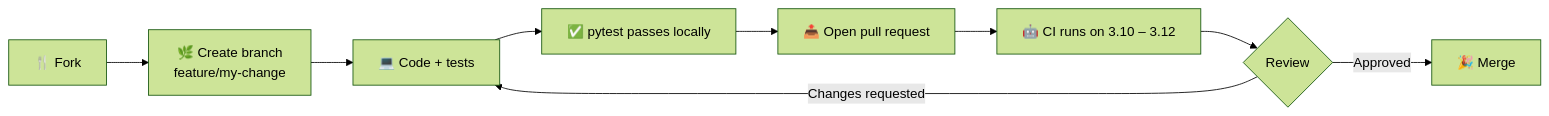
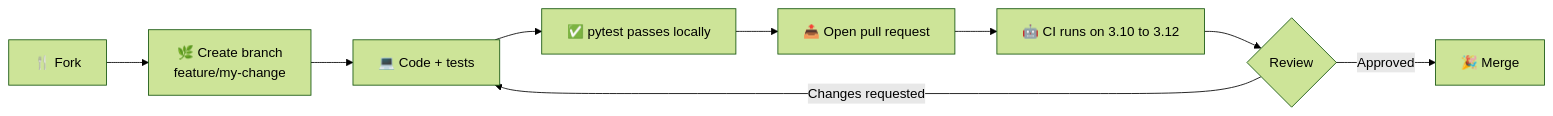
Diagram 49 of 49 in README.md (Mansi232323/VERIDEXA), drawn with Mermaid (forest theme) before and after one commit. The commit also changed other lines of this file, not shown here.

````diff
--- a/README.md
+++ b/README.md
@@ -1633,11 +1633,11 @@
 ```mermaid
 flowchart LR
     A["🍴 Fork"] --> B["🌿 Create branch<br/>feature/my-change"]
     B --> C["💻 Code + tests"]
     C --> D["✅ pytest passes locally"]
     D --> E["📤 Open pull request"]
-    E --> F["🤖 CI runs on 3.10 – 3.12"]
+    E --> F["🤖 CI runs on 3.10 to 3.12"]
     F --> G{"Review"}
     G -- "Changes requested" --> C
     G -- Approved --> H["🎉 Merge"]
 ```
````
